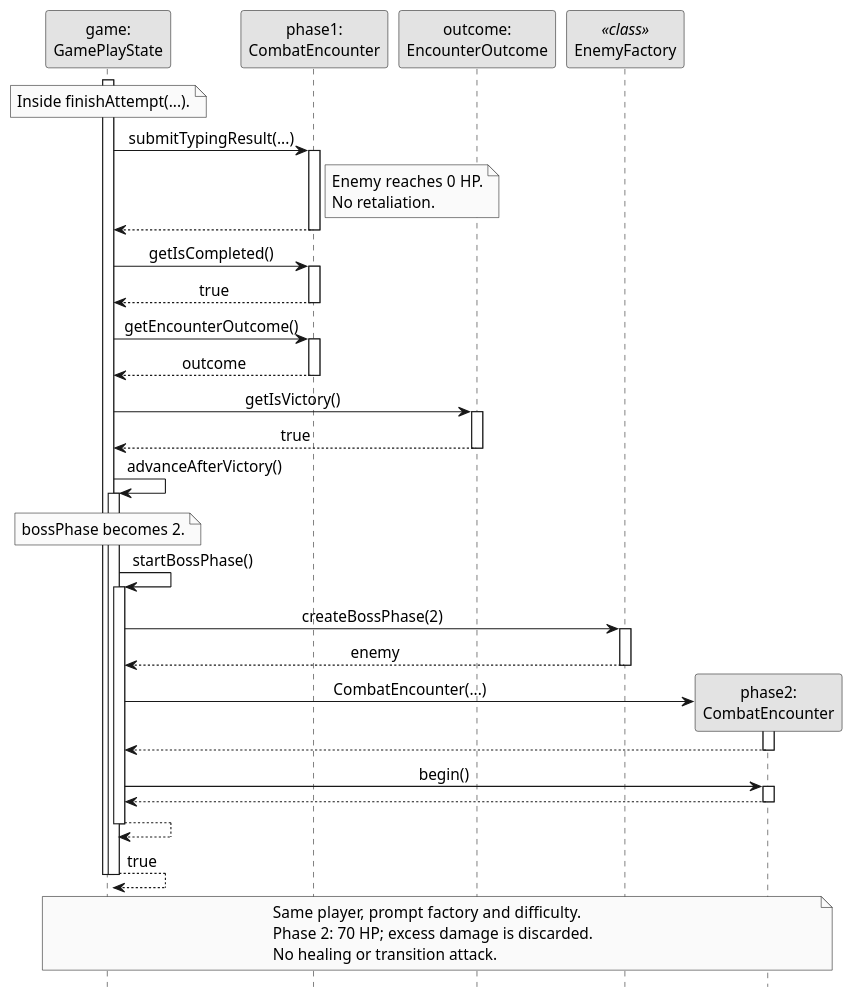
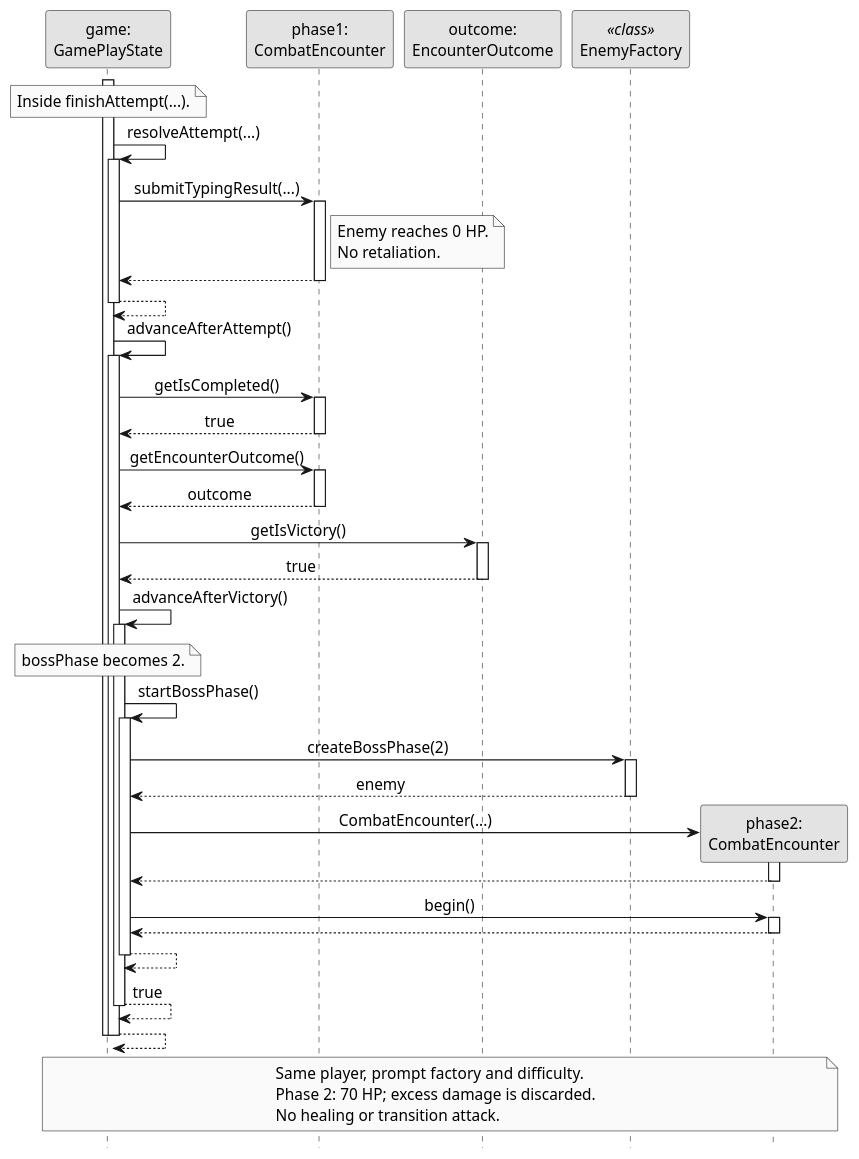
Before and after one commit to AY2627S1-CS2113-W12-4/tp: the diagram in docs/diagrams/boss-phase-transition.puml, drawn with PlantUML. The commit also changed 4 other files, not shown here.

```diff
--- a/docs/diagrams/boss-phase-transition.puml
+++ b/docs/diagrams/boss-phase-transition.puml
@@ -1,60 +1,66 @@
 @startuml
 ' Scope: boss phase 1 is defeated; evaluation, UI and persistence calls are omitted.
 hide footbox
 skinparam monochrome true
 skinparam defaultFontName Arial
 skinparam backgroundColor white
 skinparam shadowing false
 skinparam defaultFontSize 14
 skinparam sequenceMessageAlign center
 participant "game:\nGamePlayState" as game
 participant "phase1:\nCombatEncounter" as phase1
 participant "outcome:\nEncounterOutcome" as outcome
 participant "EnemyFactory" as factory <<class>>
 
 activate game
 note over game : Inside finishAttempt(...).
+game -> game : resolveAttempt(...)
+activate game
 game -> phase1 : submitTypingResult(...)
 activate phase1
 note right of phase1
   Enemy reaches 0 HP.
   No retaliation.
 end note
 return
+return
 
+game -> game : advanceAfterAttempt()
+activate game
 game -> phase1 : getIsCompleted()
 activate phase1
 return true
 game -> phase1 : getEncounterOutcome()
 activate phase1
 return outcome
 game -> outcome : getIsVictory()
 activate outcome
 return true
 
 game -> game : advanceAfterVictory()
 activate game
 note over game : bossPhase becomes 2.
 game -> game : startBossPhase()
 activate game
 game -> factory : createBossPhase(2)
 activate factory
 return enemy
 
 create participant "phase2:\nCombatEncounter" as phase2
 game -> phase2 : CombatEncounter(...)
 activate phase2
 return
 game -> phase2 : begin()
 activate phase2
 return
 return
 return true
+return
 
 note over game, phase2
   Same player, prompt factory and difficulty.
   Phase 2: 70 HP; excess damage is discarded.
   No healing or transition attack.
 end note
 deactivate game
 @enduml
```
